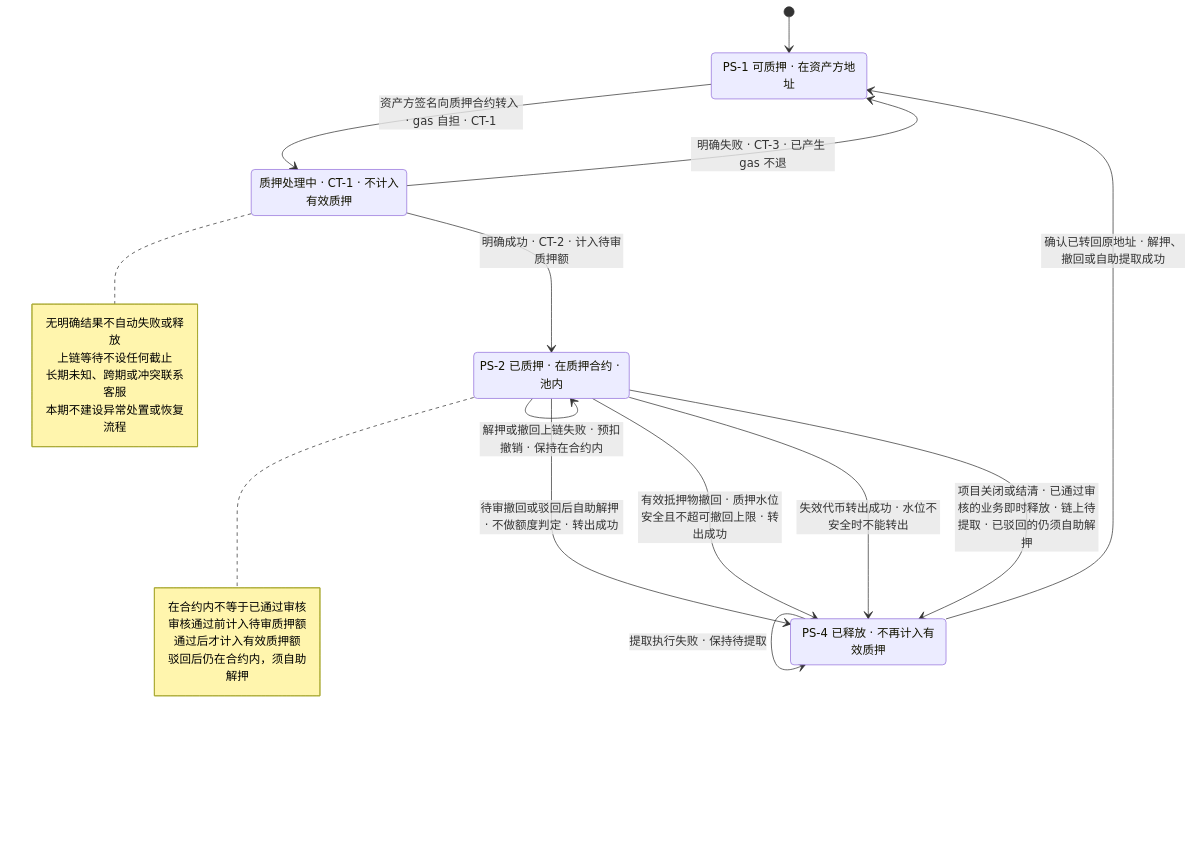
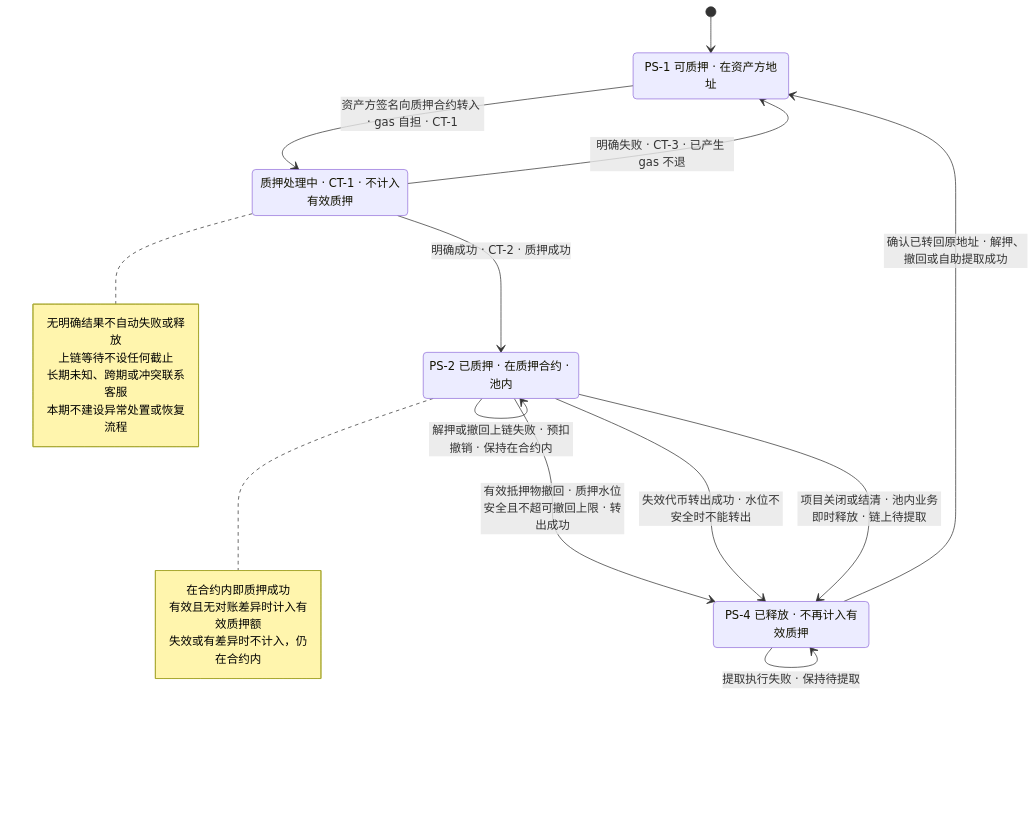
One commit to wxblockchain/Chain-Financing changed the ninth of 9 diagrams in lending-platform/PRD/面客端/05-借贷广场-融资需求与代币质押/02-融资需求与代币质押-流程图与状态机.md. Above: the diagram before and after it, drawn with Mermaid. The commit also changed other lines of this file and 28 other files, not shown here.

````diff
--- a/lending-platform/PRD/面客端/05-借贷广场-融资需求与代币质押/02-融资需求与代币质押-流程图与状态机.md
+++ b/lending-platform/PRD/面客端/05-借贷广场-融资需求与代币质押/02-融资需求与代币质押-流程图与状态机.md
@@ -258,30 +250,28 @@
 ```mermaid
 stateDiagram-v2
   PS_1: PS-1 可质押 · 在资产方地址
   PS_2: PS-2 已质押 · 在质押合约 · 池内
   PS_4: PS-4 已释放 · 不再计入有效质押
   PROC: 质押处理中 · CT-1 · 不计入有效质押
   [*] --> PS_1
   PS_1 --> PROC: 资产方签名向质押合约转入 · gas 自担 · CT-1
-  PROC --> PS_2: 明确成功 · CT-2 · 计入待审质押额
+  PROC --> PS_2: 明确成功 · CT-2 · 质押成功
   PROC --> PS_1: 明确失败 · CT-3 · 已产生 gas 不退
   note right of PS_2
-    在合约内不等于已通过审核
-    审核通过前计入待审质押额
-    通过后才计入有效质押额
-    驳回后仍在合约内，须自助解押
+    在合约内即质押成功
+    有效且无对账差异时计入有效质押额
+    失效或有差异时不计入，仍在合约内
   end note
   note right of PROC
     无明确结果不自动失败或释放
     上链等待不设任何截止
     长期未知、跨期或冲突联系客服
     本期不建设异常处置或恢复流程
   end note
-  PS_2 --> PS_4: 待审撤回或驳回后自助解押 · 不做额度判定 · 转出成功
   PS_2 --> PS_4: 有效抵押物撤回 · 质押水位安全且不超可撤回上限 · 转出成功
   PS_2 --> PS_4: 失效代币转出成功 · 水位不安全时不能转出
-  PS_2 --> PS_4: 项目关闭或结清 · 已通过审核的业务即时释放 · 链上待提取 · 已驳回的仍须自助解押
+  PS_2 --> PS_4: 项目关闭或结清 · 池内业务即时释放 · 链上待提取
   PS_2 --> PS_2: 解押或撤回上链失败 · 预扣撤销 · 保持在合约内
   PS_4 --> PS_1: 确认已转回原地址 · 解押、撤回或自助提取成功
   PS_4 --> PS_4: 提取执行失败 · 保持待提取
 ```
````
